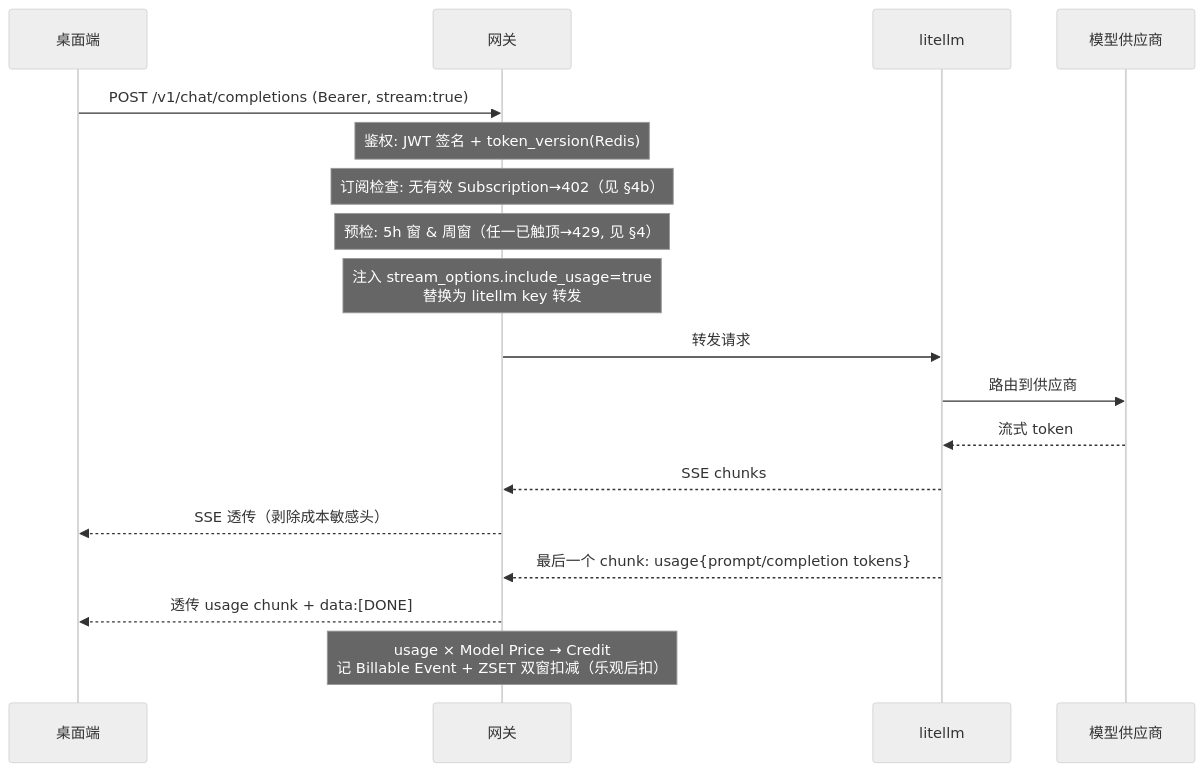
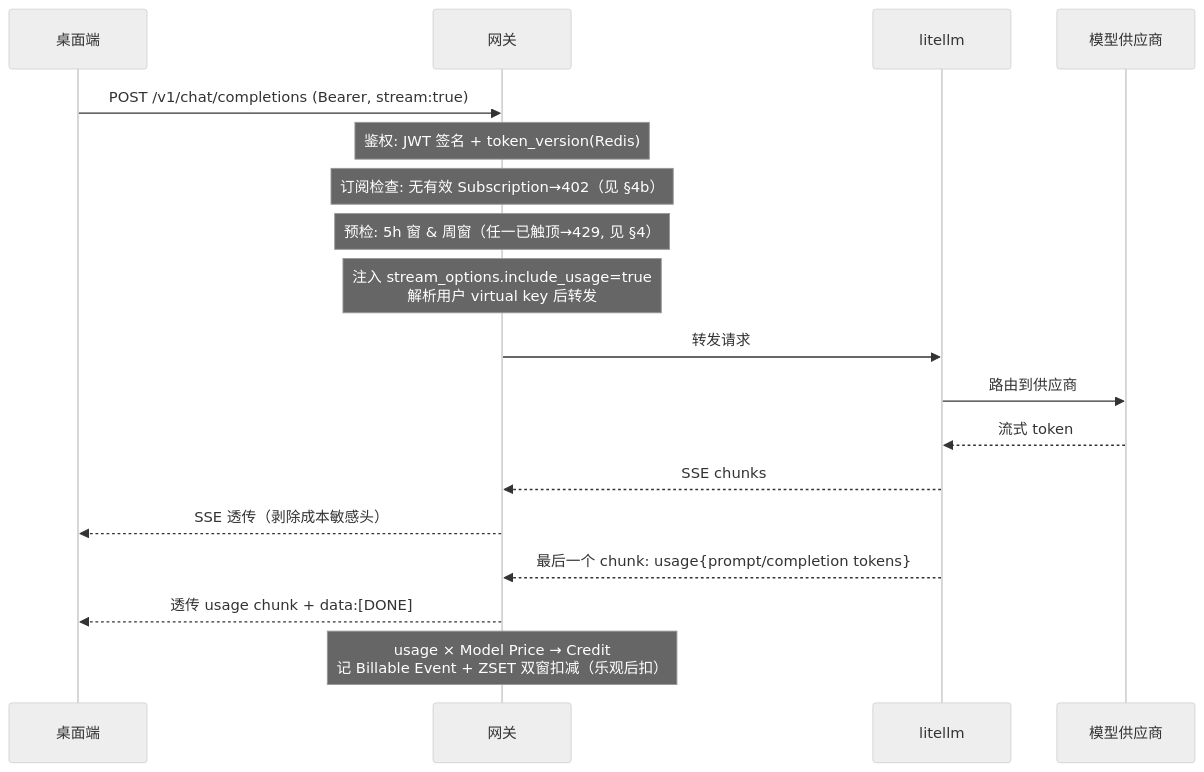
One commit to pysinsjz/vulture-gateway changed the diagram in docs/flows/llm-proxy.md. Above: the diagram before and after it, drawn with Mermaid (neutral theme). The commit also changed other lines of this file and 26 other files, not shown here.

First line of the commit message:
feat: 按用户签发 litellm virtual key（ADR-0014）

````diff
--- a/docs/flows/llm-proxy.md
+++ b/docs/flows/llm-proxy.md
@@ -58,21 +58,21 @@
 ```mermaid
 sequenceDiagram
     participant D as 桌面端
     participant G as 网关
     participant L as litellm
     participant P as 模型供应商
 
     D->>G: POST /v1/chat/completions (Bearer, stream:true)
     Note over G: 鉴权: JWT 签名 + token_version(Redis)
     Note over G: 订阅检查: 无有效 Subscription→402（见 §4b）
     Note over G: 预检: 5h 窗 & 周窗（任一已触顶→429, 见 §4）
-    Note over G: 注入 stream_options.include_usage=true<br/>替换为 litellm key 转发
+    Note over G: 注入 stream_options.include_usage=true<br/>解析用户 virtual key 后转发
     G->>L: 转发请求
     L->>P: 路由到供应商
     P-->>L: 流式 token
     L-->>G: SSE chunks
     G-->>D: SSE 透传（剥除成本敏感头）
     L-->>G: 最后一个 chunk: usage{prompt/completion tokens}
     G-->>D: 透传 usage chunk + data:[DONE]
     Note over G: usage × Model Price → Credit<br/>记 Billable Event + ZSET 双窗扣减（乐观后扣）
 ```
````
